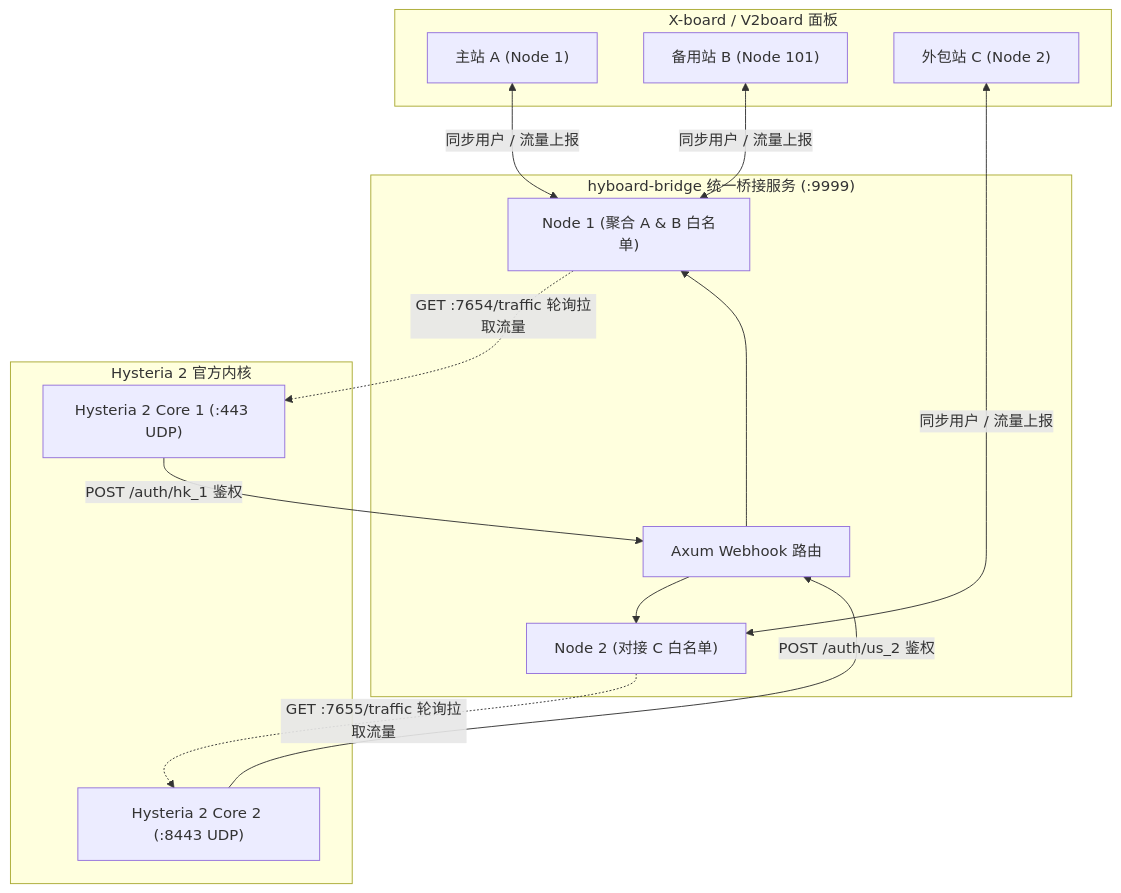
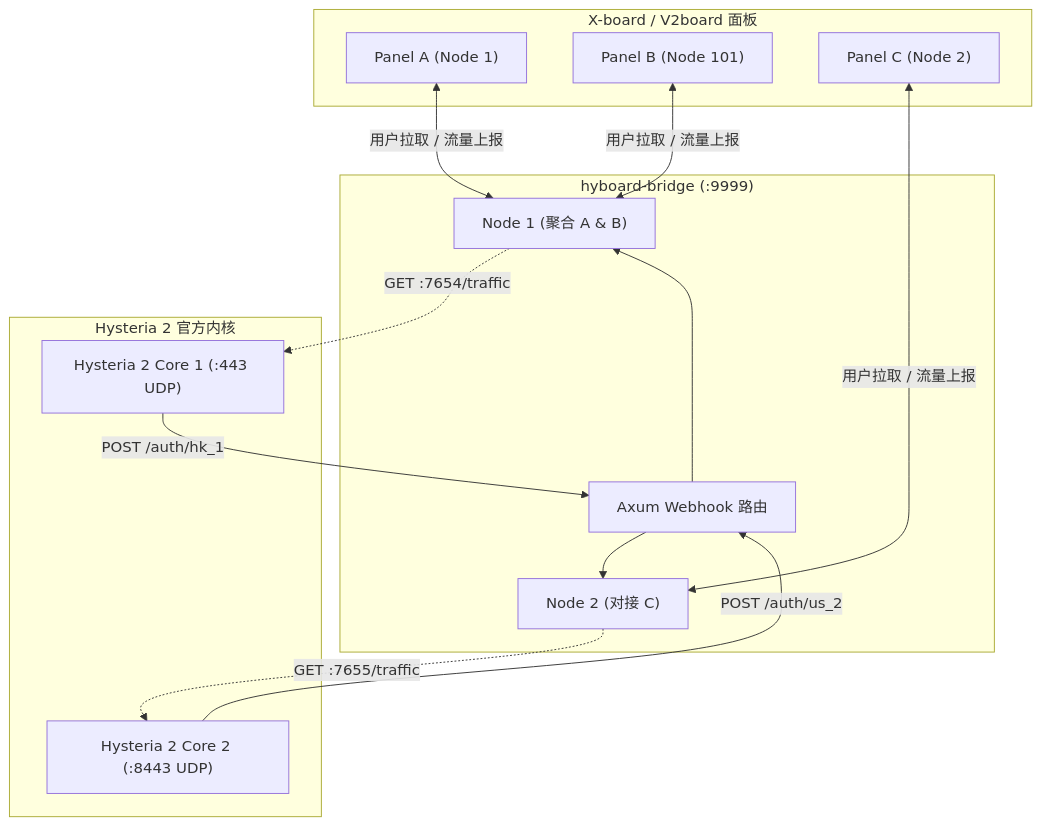
One commit to aquamarine-z/hyboard-bridge changed the diagram in README.md. Above: the diagram before and after it, drawn with Mermaid. The commit also changed other lines of this file, not shown here.

````diff
--- a/README.md
+++ b/README.md
@@ -44,31 +34,31 @@
 ```mermaid
 flowchart TD
     subgraph Panels ["X-board / V2board 面板"]
-        PanelA["主站 A (Node 1)"]
-        PanelB["备用站 B (Node 101)"]
-        PanelC["外包站 C (Node 2)"]
+        PanelA["Panel A (Node 1)"]
+        PanelB["Panel B (Node 101)"]
+        PanelC["Panel C (Node 2)"]
     end
 
-    subgraph Bridge ["hyboard-bridge 统一桥接服务 (:9999)"]
+    subgraph Bridge ["hyboard-bridge (:9999)"]
         Router["Axum Webhook 路由"]
-        Node1["Node 1 (聚合 A & B 白名单)"]
-        Node2["Node 2 (对接 C 白名单)"]
+        Node1["Node 1 (聚合 A & B)"]
+        Node2["Node 2 (对接 C)"]
     end
 
     subgraph Cores ["Hysteria 2 官方内核"]
         Hy1["Hysteria 2 Core 1 (:443 UDP)"]
         Hy2["Hysteria 2 Core 2 (:8443 UDP)"]
     end
 
-    PanelA <-->|同步用户 / 流量上报| Node1
-    PanelB <-->|同步用户 / 流量上报| Node1
-    PanelC <-->|同步用户 / 流量上报| Node2
+    PanelA <-->|用户拉取 / 流量上报| Node1
+    PanelB <-->|用户拉取 / 流量上报| Node1
+    PanelC <-->|用户拉取 / 流量上报| Node2
 
-    Hy1 -->|POST /auth/hk_1 鉴权| Router
+    Hy1 -->|POST /auth/hk_1| Router
     Router --> Node1
-    Hy2 -->|POST /auth/us_2 鉴权| Router
+    Hy2 -->|POST /auth/us_2| Router
     Router --> Node2
 
-    Node1 -.->|GET :7654/traffic 轮询拉取流量| Hy1
-    Node2 -.->|GET :7655/traffic 轮询拉取流量| Hy2
+    Node1 -.->|GET :7654/traffic| Hy1
+    Node2 -.->|GET :7655/traffic| Hy2
 ```
````
